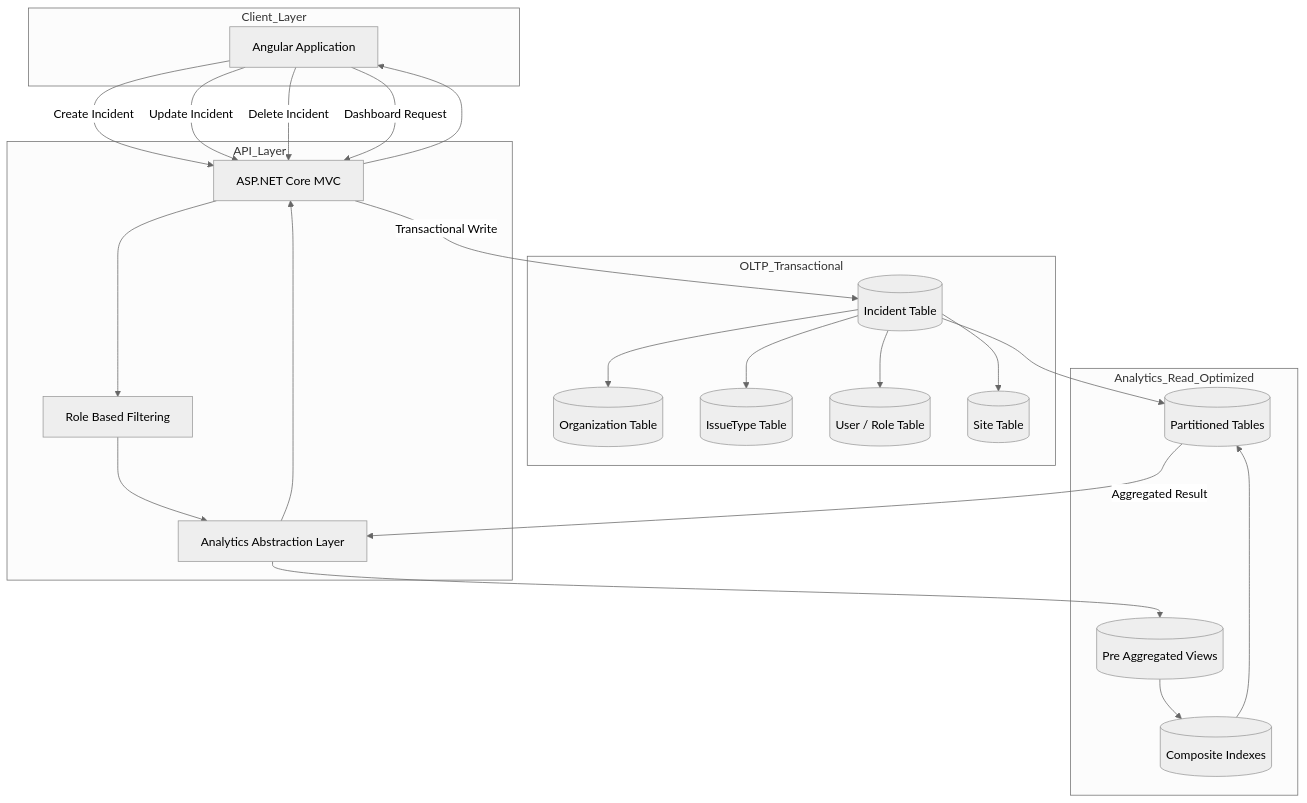
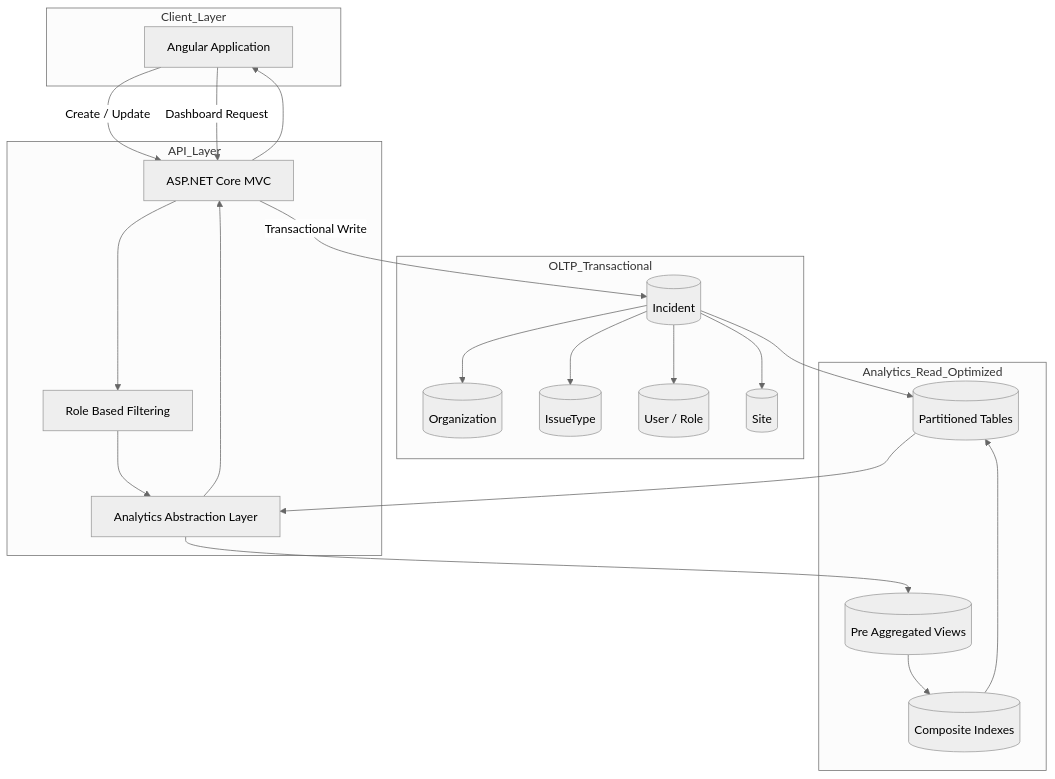
The diagram in README.md (yeschan119/incident-management-system), drawn with Mermaid (neutral theme) before and after one commit. The commit also changed other lines of this file, not shown here.

````diff
--- a/README.md
+++ b/README.md
@@ -76,67 +93,45 @@
 ```mermaid
 flowchart TB
 
-%% ---------------------
-%% CLIENT LAYER
-%% ---------------------
 subgraph Client_Layer
     A[Angular Application]
 end
 
-%% ---------------------
-%% API LAYER
-%% ---------------------
 subgraph API_Layer
     B[ASP.NET Core MVC]
     C[Role Based Filtering]
     D[Analytics Abstraction Layer]
 end
 
-%% ---------------------
-%% OLTP LAYER
-%% ---------------------
 subgraph OLTP_Transactional
-    O[(Organization Table)]
-    E[(Incident Table)]
-    F[(IssueType Table)]
-    G[(User / Role Table)]
-    H[(Site Table)]
+    O[(Organization)]
+    E[(Incident)]
+    F[(IssueType)]
+    G[(User / Role)]
+    H[(Site)]
 end
 
-%% ---------------------
-%% ANALYTICS LAYER
-%% ---------------------
 subgraph Analytics_Read_Optimized
     I[(Partitioned Tables)]
     J[(Composite Indexes)]
     K[(Pre Aggregated Views)]
 end
 
-%% ---------------------
-%% WRITE PATH - INCIDENT CRUD
-%% ---------------------
-A -->|Create Incident| B
-A -->|Update Incident| B
-A -->|Delete Incident| B
-
+A -->|Create / Update| B
 B -->|Transactional Write| E
 E --> O
 E --> F
 E --> G
 E --> H
-
 E --> I
 
-%% ---------------------
-%% READ PATH - DASHBOARD
-%% ---------------------
 A -->|Dashboard Request| B
 B --> C
 C --> D
 D --> K
 K --> J
 J --> I
-I -->|Aggregated Result| D
+I --> D
 D --> B
 B --> A
 ```
````
